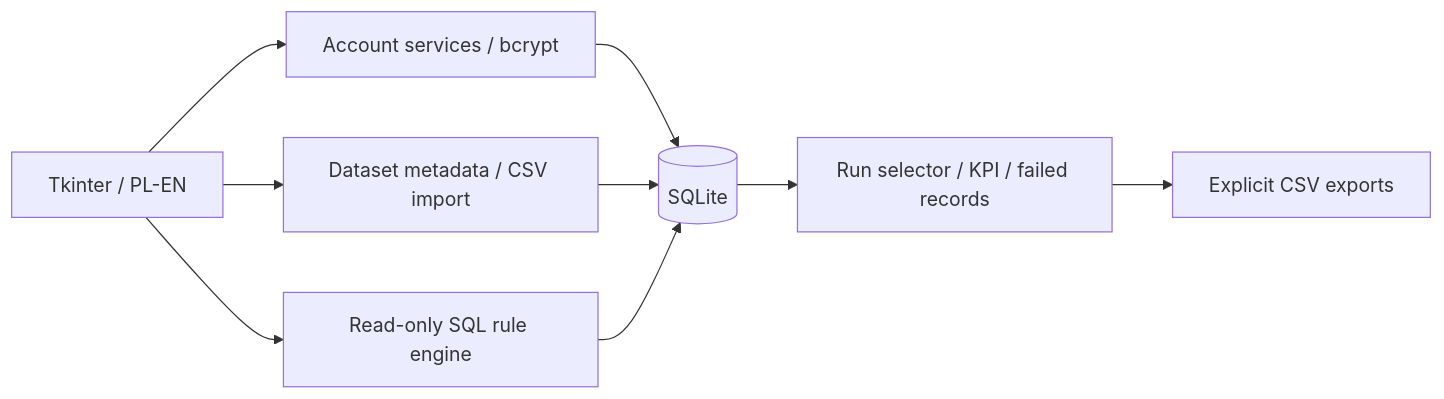
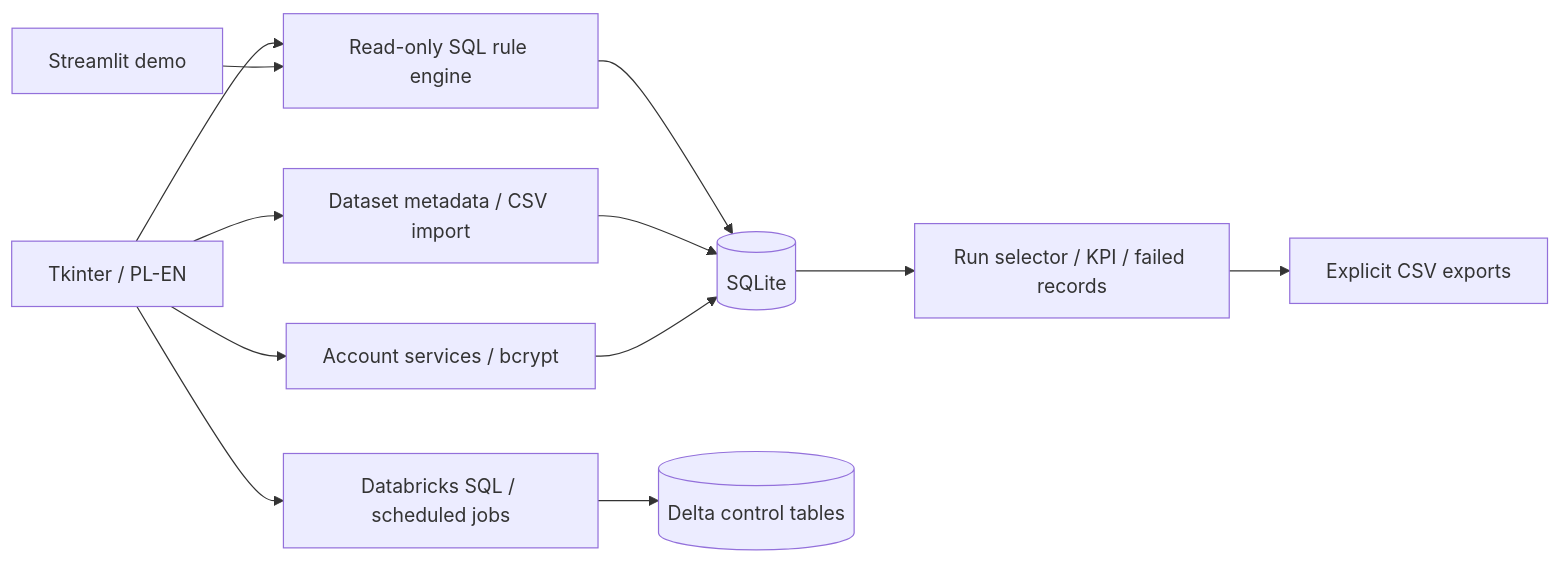
The diagram in docs/ARCHITECTURE.md (alan-przybylski/python_DQ_Application), drawn with Mermaid before and after one commit. The commit also changed other lines of this file and 13 other files, not shown here.

````diff
--- a/docs/ARCHITECTURE.md
+++ b/docs/ARCHITECTURE.md
@@ -6,11 +8,14 @@
 ```mermaid
 flowchart LR
+    Web[Streamlit demo] --> R
     UI[Tkinter / PL-EN] --> A[Account services / bcrypt]
     UI --> I[Dataset metadata / CSV import]
     UI --> R[Read-only SQL rule engine]
     A --> DB[(SQLite)]
     I --> DB
     R --> DB
     DB --> V[Run selector / KPI / failed records]
     V --> E[Explicit CSV exports]
+    UI --> Cloud[Databricks SQL / scheduled jobs]
+    Cloud --> Delta[(Delta control tables)]
 ```
````
